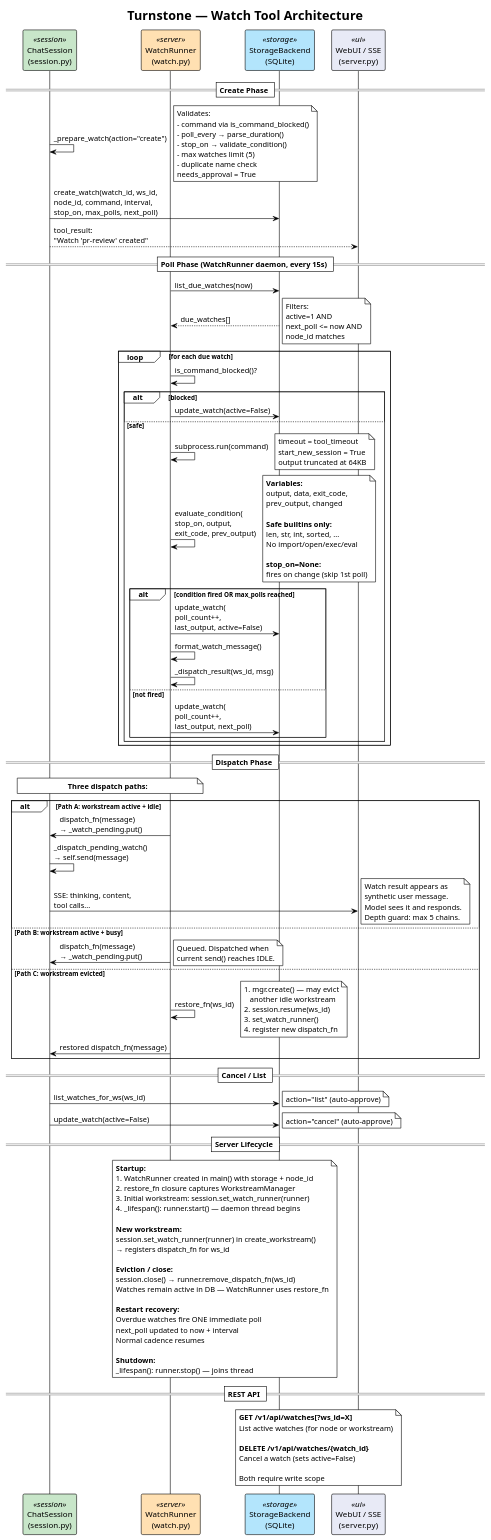
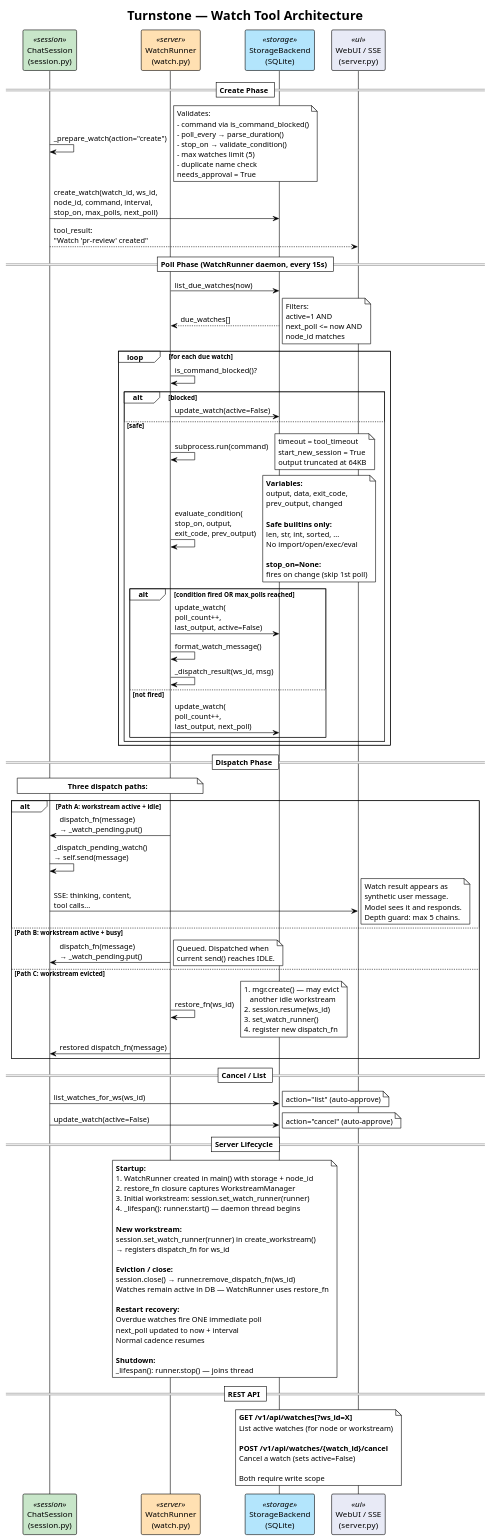
One commit to turnstonelabs/turnstone changed the diagram in docs/diagrams/18-watch-architecture.puml. Above: the diagram before and after it, drawn with PlantUML. The commit also changed 4 other files, not shown here.

```diff
--- a/docs/diagrams/18-watch-architecture.puml
+++ b/docs/diagrams/18-watch-architecture.puml
@@ -1,166 +1,166 @@
 @startuml
 !theme plain
 title Turnstone — Watch Tool Architecture
 
 skinparam participant {
     BackgroundColor<<server>> #FFE0B2
     BackgroundColor<<storage>> #B3E5FC
     BackgroundColor<<session>> #C8E6C9
     BackgroundColor<<ui>> #E8EAF6
 }
 
 participant "ChatSession\n(session.py)" as Session <<session>>
 participant "WatchRunner\n(watch.py)" as Runner <<server>>
 participant "StorageBackend\n(SQLite)" as Storage <<storage>>
 participant "WebUI / SSE\n(server.py)" as UI <<ui>>
 
 == Create Phase ==
 
 Session -> Session : _prepare_watch(action="create")
 note right
   Validates:
   - command via is_command_blocked()
   - poll_every → parse_duration()
   - stop_on → validate_condition()
   - max watches limit (5)
   - duplicate name check
   needs_approval = True
 end note
 
 Session -> Storage : create_watch(watch_id, ws_id,\nnode_id, command, interval,\nstop_on, max_polls, next_poll)
 
 Session --> UI : tool_result:\n"Watch 'pr-review' created"
 
 == Poll Phase (WatchRunner daemon, every 15s) ==
 
 Runner -> Storage : list_due_watches(now)
 Storage --> Runner : due_watches[]
 note right
   Filters:
   active=1 AND
   next_poll <= now AND
   node_id matches
 end note
 
 loop for each due watch
 
     Runner -> Runner : is_command_blocked()?
     alt blocked
         Runner -> Storage : update_watch(active=False)
     else safe
 
         Runner -> Runner : subprocess.run(command)
         note right
           timeout = tool_timeout
           start_new_session = True
           output truncated at 64KB
         end note
 
         Runner -> Runner : evaluate_condition(\nstop_on, output,\nexit_code, prev_output)
         note right
           **Variables:**
           output, data, exit_code,
           prev_output, changed
 
           **Safe builtins only:**
           len, str, int, sorted, ...
           No import/open/exec/eval
 
           **stop_on=None:**
           fires on change (skip 1st poll)
         end note
 
         alt condition fired OR max_polls reached
             Runner -> Storage : update_watch(\npoll_count++,\nlast_output, active=False)
             Runner -> Runner : format_watch_message()
             Runner -> Runner : _dispatch_result(ws_id, msg)
         else not fired
             Runner -> Storage : update_watch(\npoll_count++,\nlast_output, next_poll)
         end
 
     end
 end
 
 == Dispatch Phase ==
 
 note over Runner, Session
   **Three dispatch paths:**
 end note
 
 alt Path A: workstream active + idle
     Runner -> Session : dispatch_fn(message)\n→ _watch_pending.put()
     Session -> Session : _dispatch_pending_watch()\n→ self.send(message)
     Session -> UI : SSE: thinking, content,\ntool calls...
     note right
       Watch result appears as
       synthetic user message.
       Model sees it and responds.
       Depth guard: max 5 chains.
     end note
 
 else Path B: workstream active + busy
     Runner -> Session : dispatch_fn(message)\n→ _watch_pending.put()
     note right
       Queued. Dispatched when
       current send() reaches IDLE.
     end note
 
 else Path C: workstream evicted
     Runner -> Runner : restore_fn(ws_id)
     note right
       1. mgr.create() — may evict
          another idle workstream
       2. session.resume(ws_id)
       3. set_watch_runner()
       4. register new dispatch_fn
     end note
     Runner -> Session : restored dispatch_fn(message)
 end
 
 == Cancel / List ==
 
 Session -> Storage : list_watches_for_ws(ws_id)
 note right : action="list" (auto-approve)
 
 Session -> Storage : update_watch(active=False)
 note right : action="cancel" (auto-approve)
 
 == Server Lifecycle ==
 
 note over Runner, Storage
   **Startup:**
   1. WatchRunner created in main() with storage + node_id
   2. restore_fn closure captures WorkstreamManager
   3. Initial workstream: session.set_watch_runner(runner)
   4. _lifespan(): runner.start() — daemon thread begins
 
   **New workstream:**
   session.set_watch_runner(runner) in create_workstream()
   → registers dispatch_fn for ws_id
 
   **Eviction / close:**
   session.close() → runner.remove_dispatch_fn(ws_id)
   Watches remain active in DB — WatchRunner uses restore_fn
 
   **Restart recovery:**
   Overdue watches fire ONE immediate poll
   next_poll updated to now + interval
   Normal cadence resumes
 
   **Shutdown:**
   _lifespan(): runner.stop() — joins thread
 end note
 
 == REST API ==
 
 note over UI, Storage
   **GET /v1/api/watches[?ws_id=X]**
   List active watches (for node or workstream)
 
-  **DELETE /v1/api/watches/{watch_id}**
+  **POST /v1/api/watches/{watch_id}/cancel**
   Cancel a watch (sets active=False)
 
   Both require write scope
 end note
 
 @enduml
```
